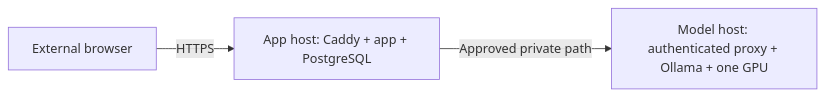
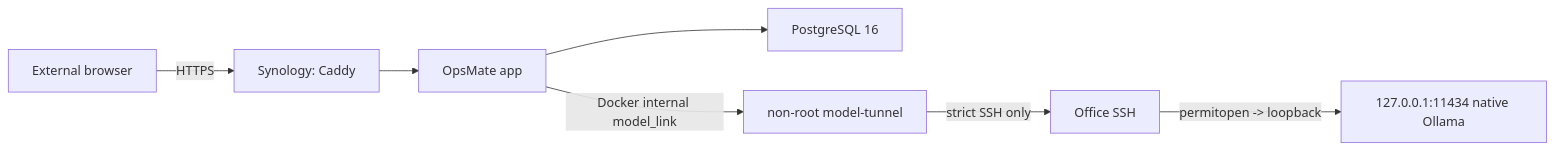
The diagram in 02_projects/opsmate-local/docs/SERVICE_RUNBOOK.md (son1004007/engineering-career-portfolio), drawn with Mermaid before and after one commit. The commit also changed other lines of this file, not shown here.

Commit message:
docs: replace Docker model host with SSH tunnel runbook

````diff
--- a/02_projects/opsmate-local/docs/SERVICE_RUNBOOK.md
+++ b/02_projects/opsmate-local/docs/SERVICE_RUNBOOK.md
@@ -14,5 +16,9 @@
 ```mermaid
 flowchart LR
-    USER["External browser"] -->|"HTTPS"| APPHOST["App host: Caddy + app + PostgreSQL"]
-    APPHOST -->|"Approved private path"| MODELHOST["Model host: authenticated proxy + Ollama + one GPU"]
+    USER["External browser"] -->|"HTTPS"| EDGE["Synology: Caddy"]
+    EDGE --> APP["OpsMate app"]
+    APP --> DB["PostgreSQL 16"]
+    APP -->|"Docker internal model_link"| TUNNEL["non-root model-tunnel"]
+    TUNNEL -->|"strict SSH only"| OFFICE["Office SSH"]
+    OFFICE -->|"permitopen -> loopback"| OLLAMA["127.0.0.1:11434 native Ollama"]
 ```
````
